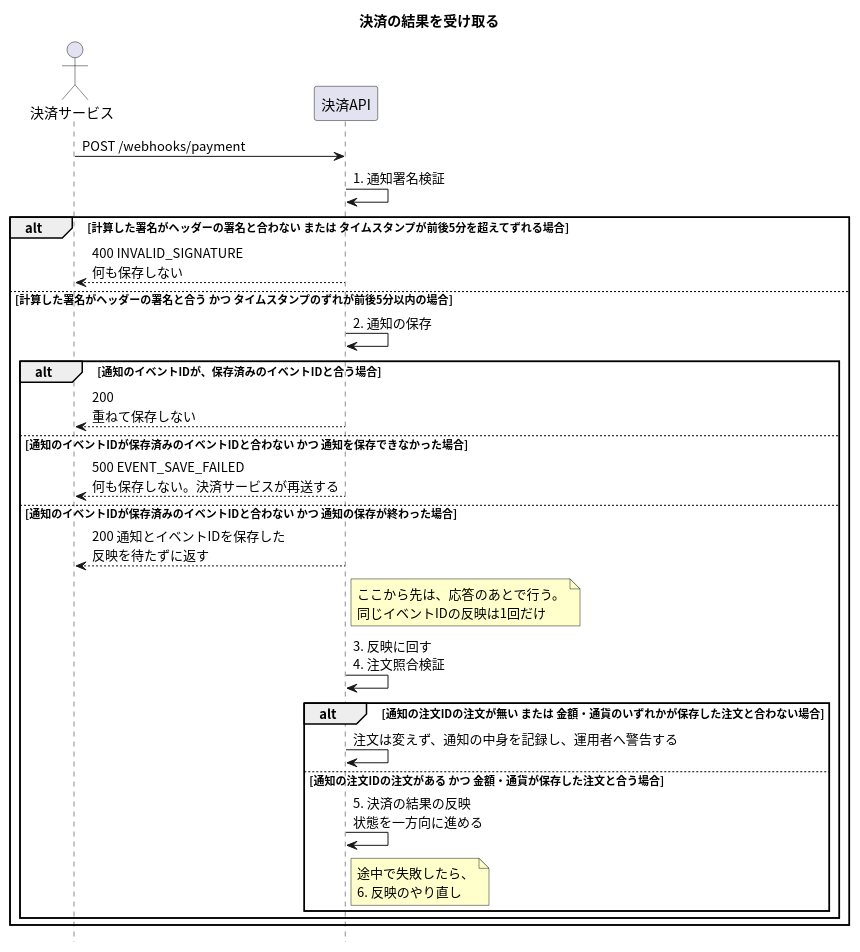
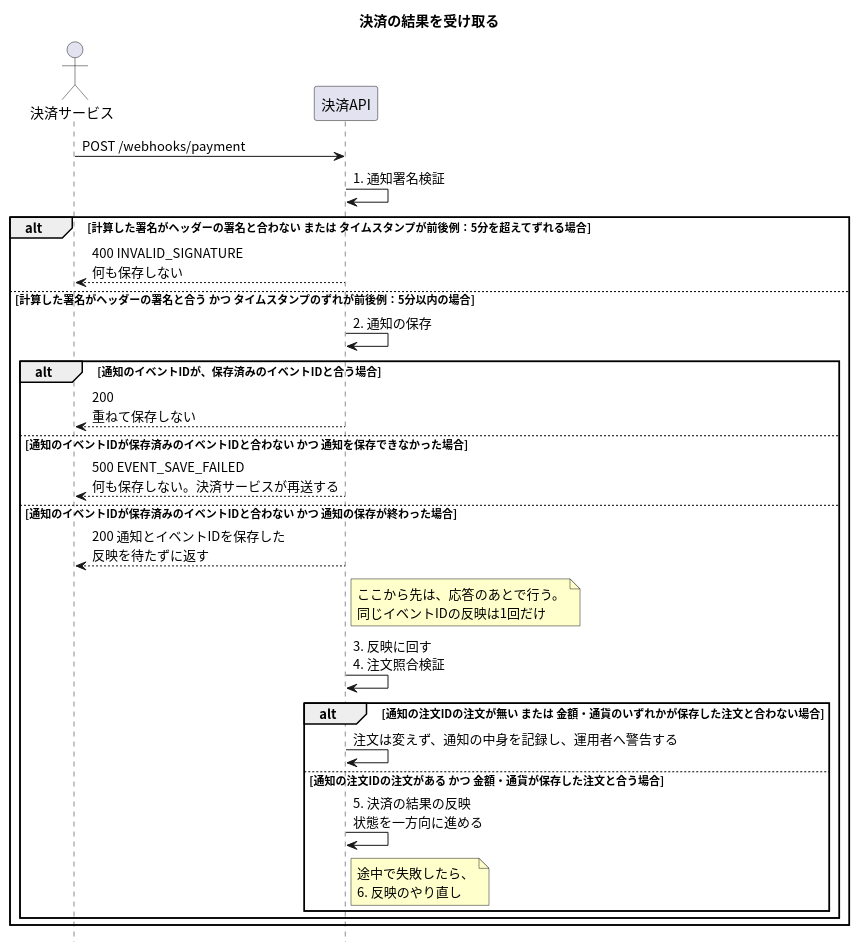
The diagram in apis/payment-webhook/入口.puml (masamasamasato/design-doc-template), drawn with PlantUML before and after one commit. The commit also changed 17 other files, not shown here.

```diff
--- a/apis/payment-webhook/入口.puml
+++ b/apis/payment-webhook/入口.puml
@@ -1,35 +1,35 @@
 @startuml
 skinparam shadowing false
 skinparam defaultFontName "Noto Sans CJK JP"
 skinparam SequenceFontName "Noto Sans CJK JP"
 skinparam NoteBackgroundColor #FFFFCC
 hide footbox
 
 title 決済の結果を受け取る
 
 actor "決済サービス" as PSP
 participant "決済API" as API
 
 PSP -> API : POST /webhooks/payment
 API -> API : 1. 通知署名検証
-alt 計算した署名がヘッダーの署名と合わない または タイムスタンプが前後5分を超えてずれる場合
+alt 計算した署名がヘッダーの署名と合わない または タイムスタンプが前後例：5分を超えてずれる場合
   API --> PSP : 400 INVALID_SIGNATURE\n何も保存しない
-else 計算した署名がヘッダーの署名と合う かつ タイムスタンプのずれが前後5分以内の場合
+else 計算した署名がヘッダーの署名と合う かつ タイムスタンプのずれが前後例：5分以内の場合
   API -> API : 2. 通知の保存
   alt 通知のイベントIDが、保存済みのイベントIDと合う場合
     API --> PSP : 200\n重ねて保存しない
   else 通知のイベントIDが保存済みのイベントIDと合わない かつ 通知を保存できなかった場合
     API --> PSP : 500 EVENT_SAVE_FAILED\n何も保存しない。決済サービスが再送する
   else 通知のイベントIDが保存済みのイベントIDと合わない かつ 通知の保存が終わった場合
     API --> PSP : 200 通知とイベントIDを保存した\n反映を待たずに返す
     note right of API : ここから先は、応答のあとで行う。\n同じイベントIDの反映は1回だけ
     API -> API : 3. 反映に回す\n4. 注文照合検証
     alt 通知の注文IDの注文が無い または 金額・通貨のいずれかが保存した注文と合わない場合
       API -> API : 注文は変えず、通知の中身を記録し、運用者へ警告する
     else 通知の注文IDの注文がある かつ 金額・通貨が保存した注文と合う場合
       API -> API : 5. 決済の結果の反映\n状態を一方向に進める
       note right of API : 途中で失敗したら、\n6. 反映のやり直し
     end
   end
 end
 @enduml
```
